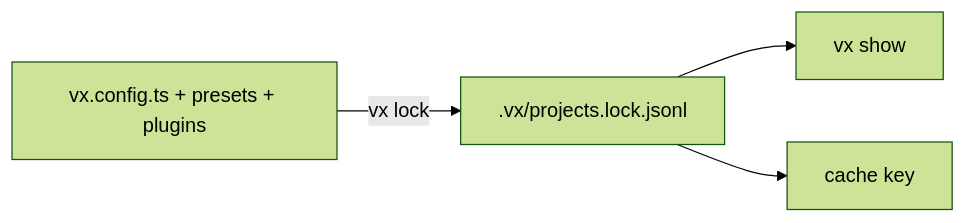
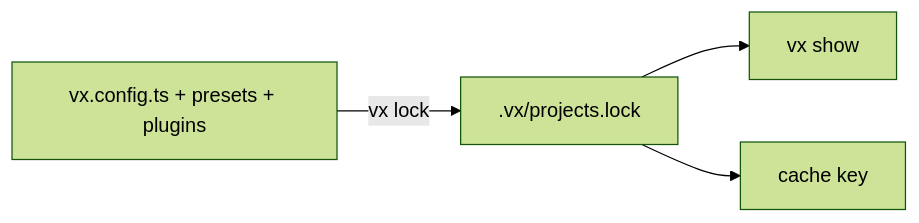
The diagram in private/vx-docs/src/content/docs/blog/vx-show.md (vznjs/vx), drawn with Mermaid (forest theme) before and after one commit. The commit also changed 125 other files, not shown here.

First line of the commit message:
refactor(cli)!: drop the lock merge driver, name it .vx/projects.lock

````diff
--- a/private/vx-docs/src/content/docs/blog/vx-show.md
+++ b/private/vx-docs/src/content/docs/blog/vx-show.md
@@ -29,6 +29,6 @@
 ```mermaid
 flowchart LR
-  C[vx.config.ts + presets + plugins] -->|vx lock| L[.vx/projects.lock.jsonl]
+  C[vx.config.ts + presets + plugins] -->|vx lock| L[.vx/projects.lock]
   L --> S[vx show]
   L --> K[cache key]
 ```
````
